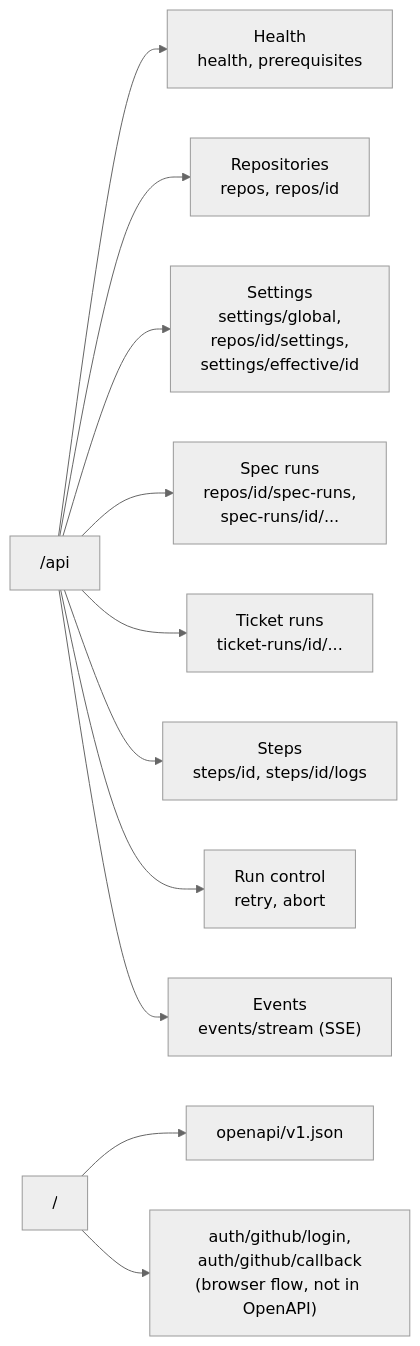
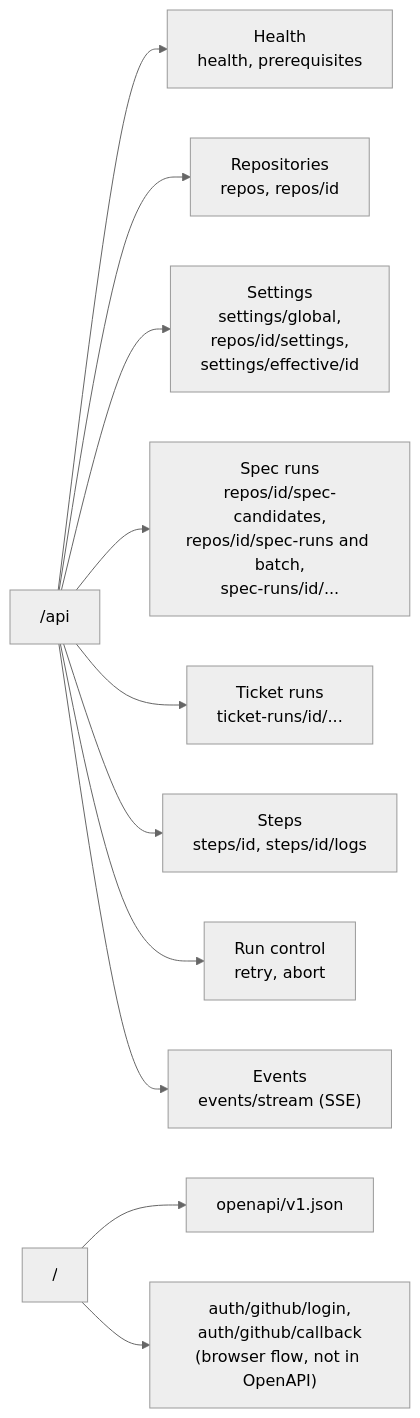
One commit to FlorianAlbert/WebDevLoop changed the first of 4 diagrams in docfx/developer-guide/web-api.md. Above: the diagram before and after it, drawn with Mermaid (neutral theme). The commit also changed other lines of this file and 45 other files, not shown here.

````diff
--- a/docfx/developer-guide/web-api.md
+++ b/docfx/developer-guide/web-api.md
@@ -24,13 +24,13 @@
 ```mermaid
 flowchart LR
     Api["/api"] --> Health["Health<br/>health, prerequisites"]
     Api --> Repos["Repositories<br/>repos, repos/id"]
     Api --> Settings["Settings<br/>settings/global,<br/>repos/id/settings,<br/>settings/effective/id"]
-    Api --> Spec["Spec runs<br/>repos/id/spec-runs,<br/>spec-runs/id/..."]
+    Api --> Spec["Spec runs<br/>repos/id/spec-candidates,<br/>repos/id/spec-runs and batch,<br/>spec-runs/id/..."]
     Api --> Ticket["Ticket runs<br/>ticket-runs/id/..."]
     Api --> Step["Steps<br/>steps/id, steps/id/logs"]
     Api --> Control["Run control<br/>retry, abort"]
     Api --> Events["Events<br/>events/stream (SSE)"]
     Root["/"] --> OA["openapi/v1.json"]
     Root --> Auth["auth/github/login,<br/>auth/github/callback<br/>(browser flow, not in OpenAPI)"]
 ```
````
